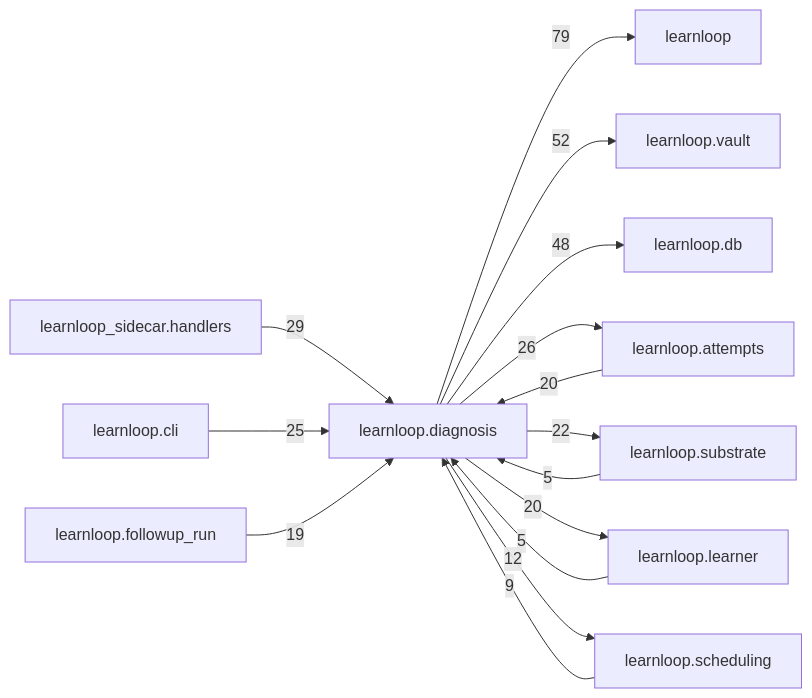
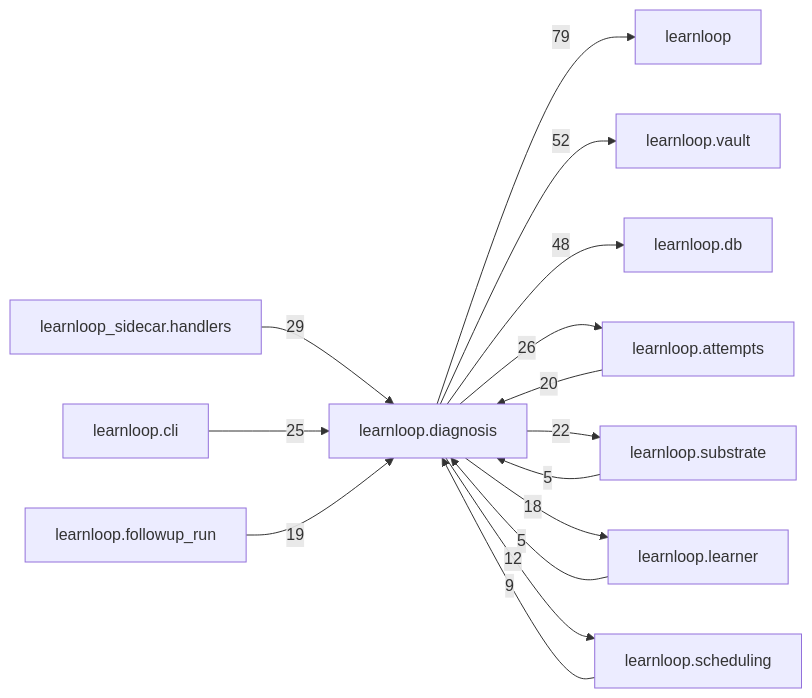
One commit to 6up-b/learnanything changed the diagram in docs/learnloop-architecture-vault/Reference/Modules/learnloop/diagnosis/_package.md. Above: the diagram before and after it, drawn with Mermaid. The commit also changed other lines of this file and 53 other files, not shown here.

````diff
--- a/docs/learnloop-architecture-vault/Reference/Modules/learnloop/diagnosis/_package.md
+++ b/docs/learnloop-architecture-vault/Reference/Modules/learnloop/diagnosis/_package.md
@@ -235,28 +235,28 @@
 ```mermaid
 flowchart LR
     center["learnloop.diagnosis"]
     n_learnloop["learnloop"]
     n_learnloop_vault["learnloop.vault"]
     n_learnloop_db["learnloop.db"]
     n_learnloop_attempts["learnloop.attempts"]
     n_learnloop_sidecar_handlers["learnloop_sidecar.handlers"]
     n_learnloop_substrate["learnloop.substrate"]
     n_learnloop_cli["learnloop.cli"]
     n_learnloop_learner["learnloop.learner"]
     n_learnloop_scheduling["learnloop.scheduling"]
     n_learnloop_followup_run["learnloop.followup_run"]
     center -->|79| n_learnloop
     center -->|52| n_learnloop_vault
     center -->|48| n_learnloop_db
     n_learnloop_attempts -->|20| center
     center -->|26| n_learnloop_attempts
     n_learnloop_sidecar_handlers -->|29| center
     n_learnloop_substrate -->|5| center
     center -->|22| n_learnloop_substrate
     n_learnloop_cli -->|25| center
     n_learnloop_learner -->|5| center
-    center -->|20| n_learnloop_learner
+    center -->|18| n_learnloop_learner
     n_learnloop_scheduling -->|9| center
     center -->|12| n_learnloop_scheduling
     n_learnloop_followup_run -->|19| center
 ```
````
